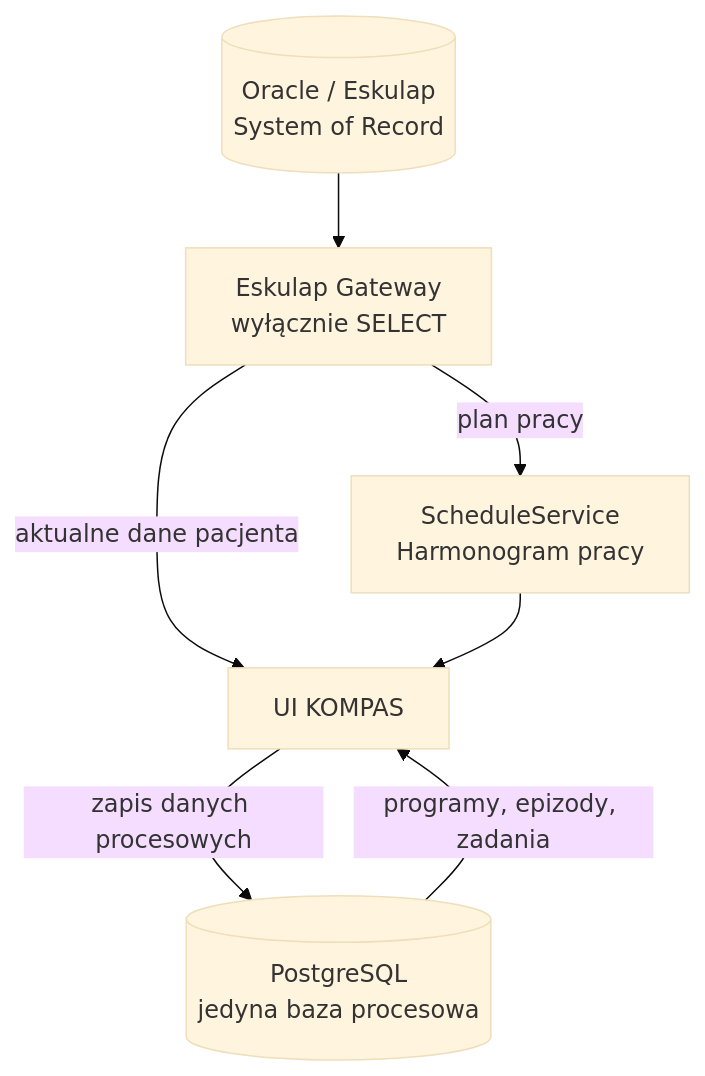
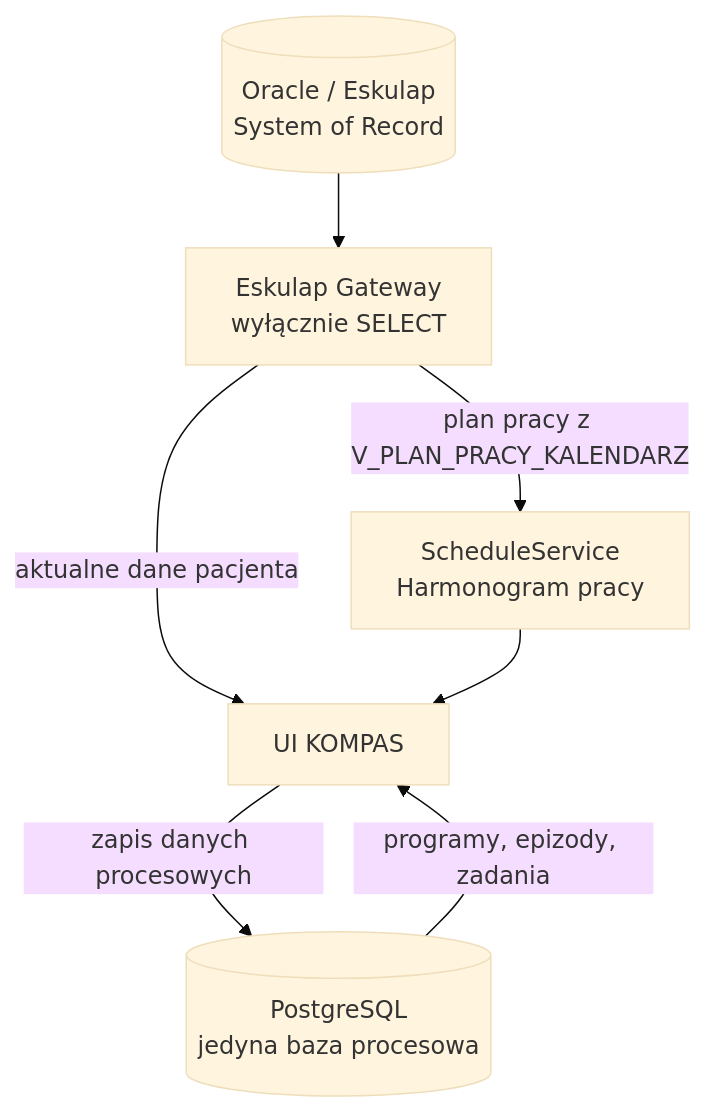
One commit to psychlodz/panel-koordynatora changed the diagram in docs/DATABASE_ARCHITECTURE.md. Above: the diagram before and after it, drawn with Mermaid (base theme). The commit also changed other lines of this file and 4 other files, not shown here.

````diff
--- a/docs/DATABASE_ARCHITECTURE.md
+++ b/docs/DATABASE_ARCHITECTURE.md
@@ -52,15 +76,15 @@
 ```mermaid
 flowchart TB
     O[("Oracle / Eskulap\nSystem of Record")]
     G["Eskulap Gateway\nwyłącznie SELECT"]
     UI["UI KOMPAS"]
     P[("PostgreSQL\njedyna baza procesowa")]
     S["ScheduleService\nHarmonogram pracy"]
 
     O --> G
     G -->|"aktualne dane pacjenta"| UI
-    G -->|"plan pracy"| S
+    G -->|"plan pracy z V_PLAN_PRACY_KALENDARZ"| S
     S --> UI
     P -->|"programy, epizody, zadania"| UI
     UI -->|"zapis danych procesowych"| P
 ```
````
